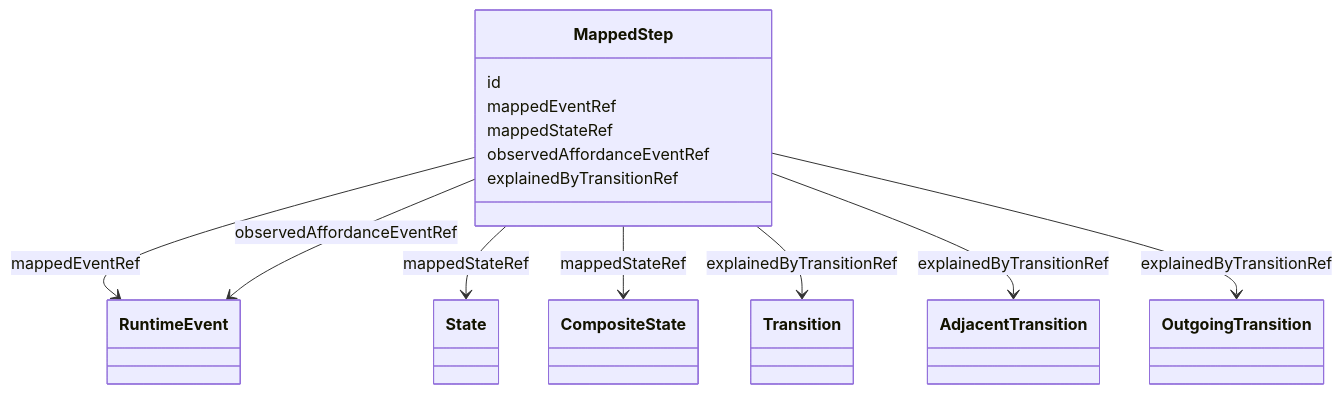
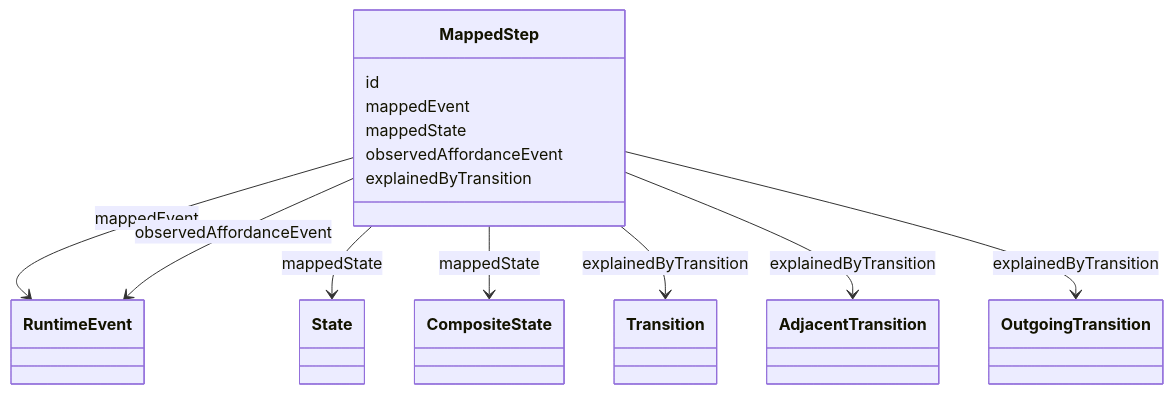
Before and after one commit to openuji/spec-ujg: the second of 3 diagrams in specs/ed/mapping/index.md, drawn with Mermaid. The commit also changed other lines of this file and 370 other files, not shown here.

````diff
--- a/specs/ed/mapping/index.md
+++ b/specs/ed/mapping/index.md
@@ -105,23 +96,23 @@
 ```mermaid
 classDiagram
   class RuntimeEvent
   class State
   class CompositeState
   class Transition
   class AdjacentTransition
   class OutgoingTransition
   class MappedStep {
     id
-    mappedEventRef
-    mappedStateRef
-    observedAffordanceEventRef
-    explainedByTransitionRef
+    mappedEvent
+    mappedState
+    observedAffordanceEvent
+    explainedByTransition
   }
-  MappedStep --> RuntimeEvent : mappedEventRef
-  MappedStep --> RuntimeEvent : observedAffordanceEventRef
-  MappedStep --> State : mappedStateRef
-  MappedStep --> CompositeState : mappedStateRef
-  MappedStep --> Transition : explainedByTransitionRef
-  MappedStep --> AdjacentTransition : explainedByTransitionRef
-  MappedStep --> OutgoingTransition : explainedByTransitionRef
+  MappedStep --> RuntimeEvent : mappedEvent
+  MappedStep --> RuntimeEvent : observedAffordanceEvent
+  MappedStep --> State : mappedState
+  MappedStep --> CompositeState : mappedState
+  MappedStep --> Transition : explainedByTransition
+  MappedStep --> AdjacentTransition : explainedByTransition
+  MappedStep --> OutgoingTransition : explainedByTransition
 ```
````
